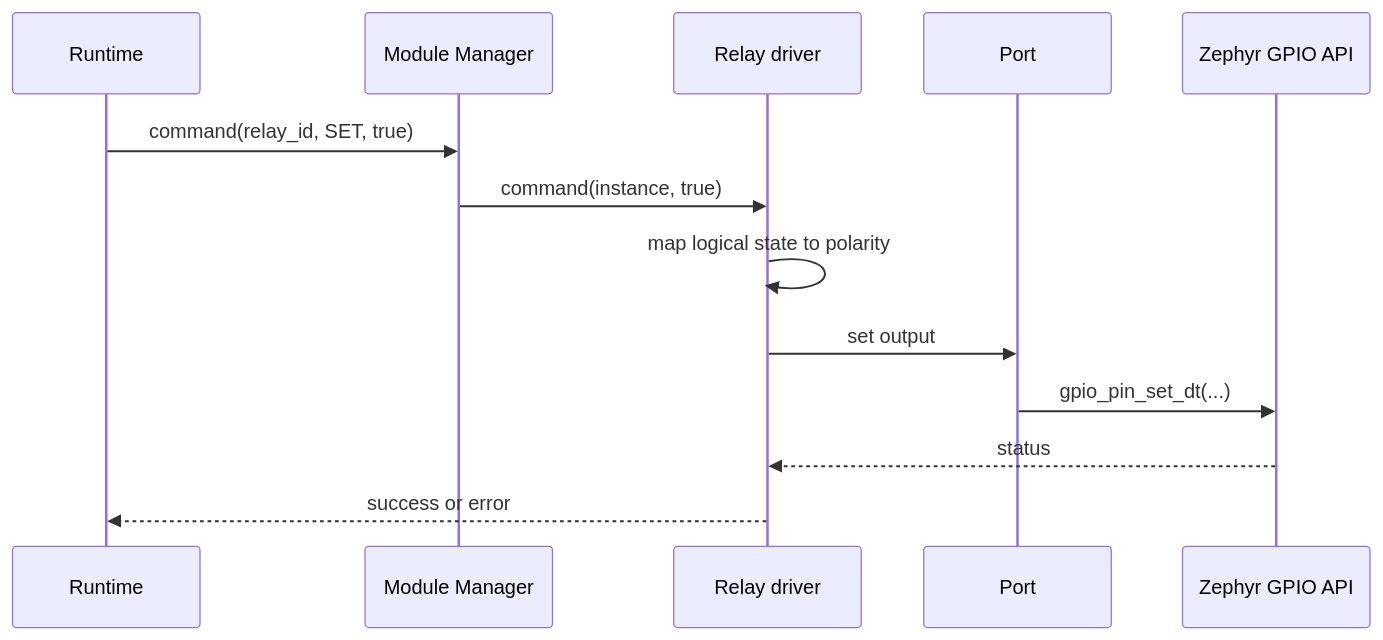
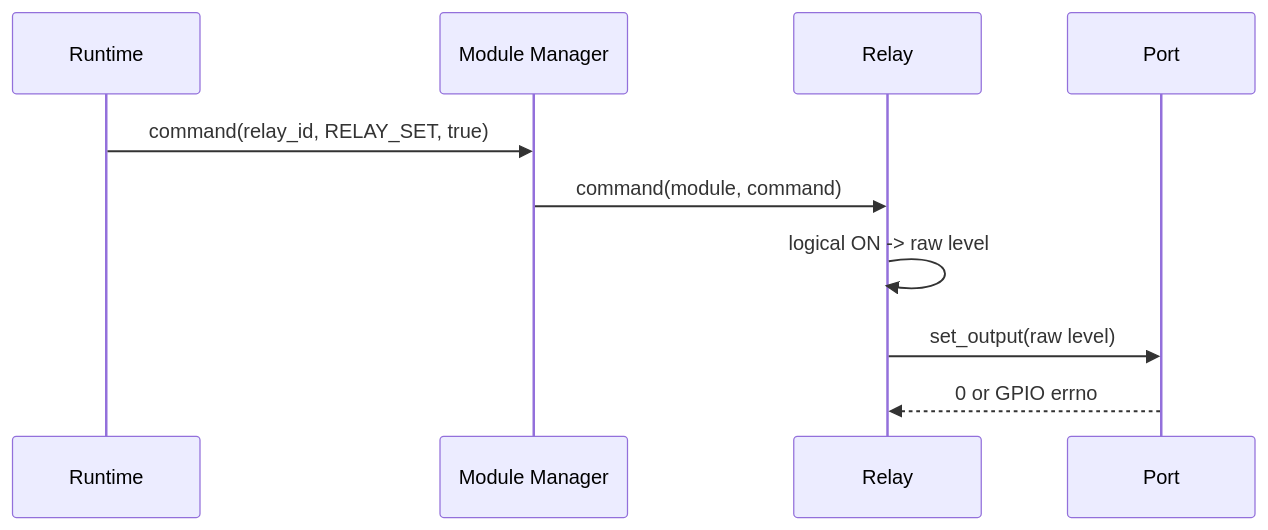
Before and after one commit to andreapiccini/SpaghettiLAB: the diagram in Firmware/core/spaghetti_modules/relay/README.md, drawn with Mermaid. The commit also changed other lines of this file and 33 other files, not shown here.

Commit message:
Relay + Runtime V1

````diff
--- a/Firmware/core/spaghetti_modules/relay/README.md
+++ b/Firmware/core/spaghetti_modules/relay/README.md
@@ -98,15 +35,12 @@
 ```mermaid
 sequenceDiagram
     participant Runtime
     participant Manager as Module Manager
-    participant Relay as Relay driver
+    participant Relay
     participant Port
-    participant GPIO as Zephyr GPIO API
-    Runtime->>Manager: command(relay_id, SET, true)
-    Manager->>Relay: command(instance, true)
-    Relay->>Relay: map logical state to polarity
-    Relay->>Port: set output
-    Port->>GPIO: gpio_pin_set_dt(...)
-    GPIO-->>Relay: status
-    Relay-->>Runtime: success or error
+    Runtime->>Manager: command(relay_id, RELAY_SET, true)
+    Manager->>Relay: command(module, command)
+    Relay->>Relay: logical ON -> raw level
+    Relay->>Port: set_output(raw level)
+    Port-->>Relay: 0 or GPIO errno
 ```
````
